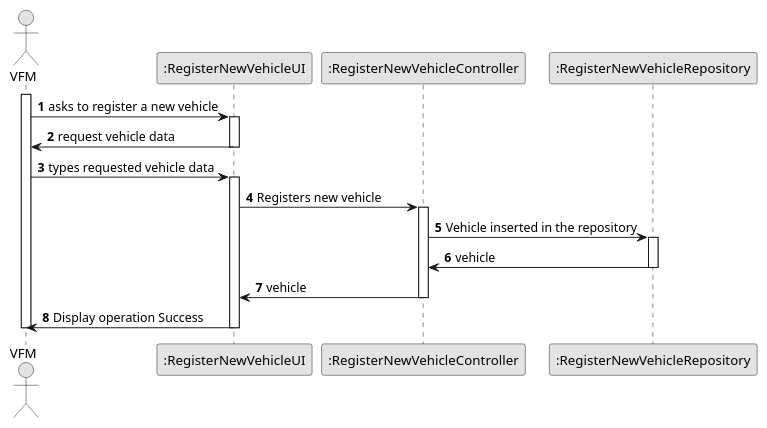
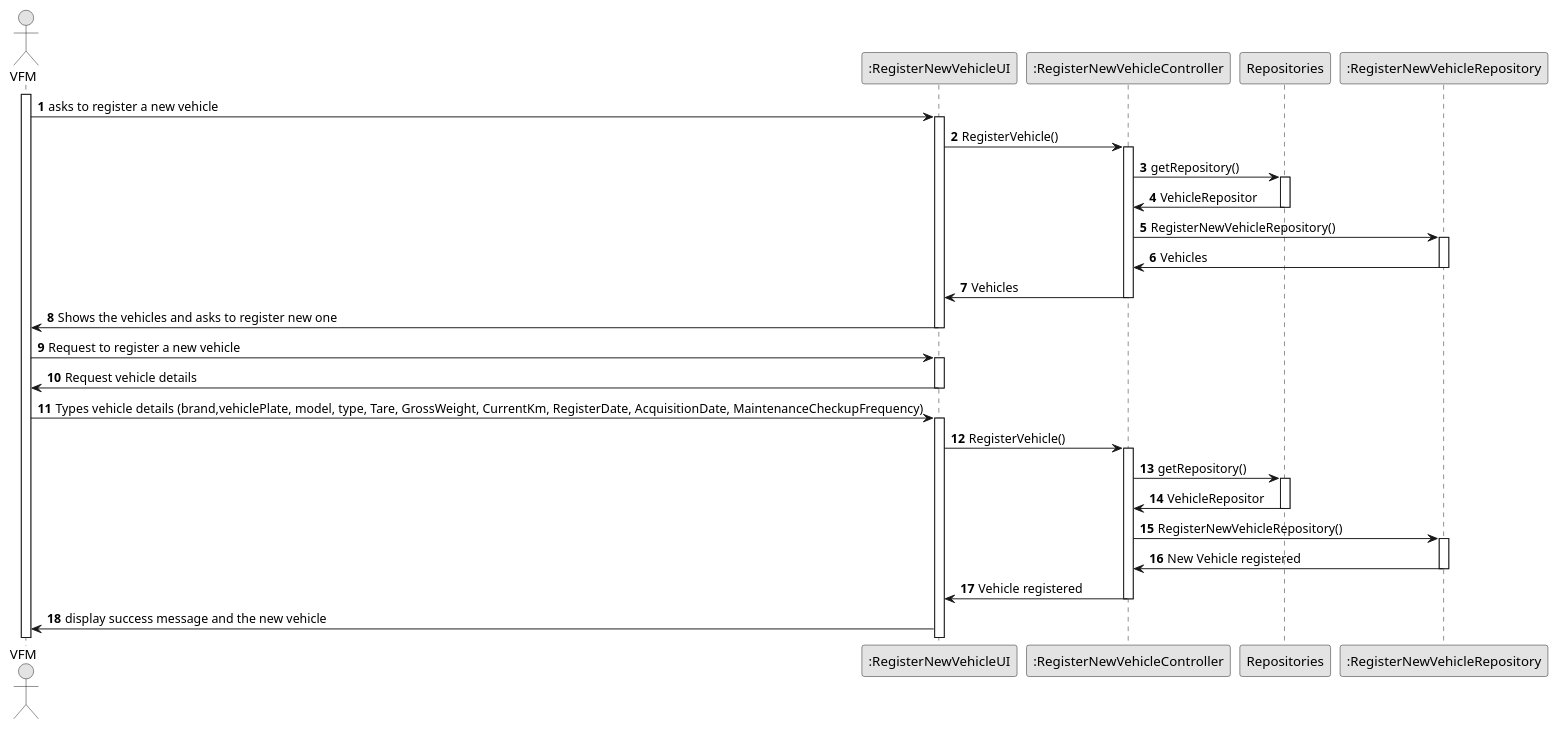
One commit to Departamento-de-Engenharia-Informatica/lei-24-s2-1dm-g132 changed the diagram in docs/sprintB/us006/03.design/puml/us006-sequence-diagram-ui-controller-overview.puml. Above: the diagram before and after it, drawn with PlantUML. The commit also changed 2 other files, not shown here.

Commit message:
Changes in the us 002 and us 006 Sequence diagram

```diff
--- a/docs/sprintB/us006/03.design/puml/us006-sequence-diagram-ui-controller-overview.puml
+++ b/docs/sprintB/us006/03.design/puml/us006-sequence-diagram-ui-controller-overview.puml
@@ -1,38 +1,54 @@
 @startuml
 skinparam monochrome true
 skinparam packageStyle rectangle
 skinparam shadowing false
 
 autonumber
 
 'hide footbox
 actor "VFM" as USER
 
 participant ":RegisterNewVehicleUI" as RegisterNewVehicleUI
 participant ":RegisterNewVehicleController" as RegisterNewVehicleController
+participant "Repositories" as Repositories
 participant ":RegisterNewVehicleRepository" as RegisterNewVehicleRepository
 
 activate USER
-USER -> RegisterNewVehicleUI : asks to register a new vehicle
+USER-> RegisterNewVehicleUI : asks to register a new vehicle
 activate RegisterNewVehicleUI
-RegisterNewVehicleUI ->USER : request vehicle data
+RegisterNewVehicleUI -> RegisterNewVehicleController : RegisterVehicle()
+activate RegisterNewVehicleController
+RegisterNewVehicleController -> Repositories : getRepository()
+activate Repositories
+Repositories -> RegisterNewVehicleController : VehicleRepositor
+deactivate Repositories
+RegisterNewVehicleController -> RegisterNewVehicleRepository : RegisterNewVehicleRepository()
+activate RegisterNewVehicleRepository
+RegisterNewVehicleRepository -> RegisterNewVehicleController : Vehicles
+deactivate RegisterNewVehicleRepository
+RegisterNewVehicleController -> RegisterNewVehicleUI : Vehicles
+deactivate RegisterNewVehicleController
+RegisterNewVehicleUI -> USER : Shows the vehicles and asks to register new one
 deactivate RegisterNewVehicleUI
-
-USER -> RegisterNewVehicleUI : types requested vehicle data
+USER -> RegisterNewVehicleUI : Request to register a new vehicle
 activate RegisterNewVehicleUI
-RegisterNewVehicleUI -> RegisterNewVehicleController : Registers new vehicle
+RegisterNewVehicleUI -> USER : Request vehicle details
+deactivate RegisterNewVehicleUI
+USER -> RegisterNewVehicleUI : Types vehicle details (brand,vehiclePlate, model, type, Tare, GrossWeight, CurrentKm, RegisterDate, AcquisitionDate, MaintenanceCheckupFrequency)
+activate RegisterNewVehicleUI
+RegisterNewVehicleUI -> RegisterNewVehicleController : RegisterVehicle()
 activate RegisterNewVehicleController
-RegisterNewVehicleController -> RegisterNewVehicleRepository :Vehicle inserted in the repository
+RegisterNewVehicleController -> Repositories : getRepository()
+activate Repositories
+Repositories -> RegisterNewVehicleController : VehicleRepositor
+deactivate Repositories
+RegisterNewVehicleController -> RegisterNewVehicleRepository : RegisterNewVehicleRepository()
 activate RegisterNewVehicleRepository
-RegisterNewVehicleRepository -> RegisterNewVehicleController : vehicle
+RegisterNewVehicleRepository -> RegisterNewVehicleController : New Vehicle registered
 deactivate RegisterNewVehicleRepository
-RegisterNewVehicleController -> RegisterNewVehicleUI : vehicle
-
+RegisterNewVehicleController -> RegisterNewVehicleUI : Vehicle registered
 deactivate RegisterNewVehicleController
-
-RegisterNewVehicleUI -> USER : Display operation Success
-deactivate RegisterNewVehicleUI
-deactivate USER
+RegisterNewVehicleUI -> USER : display success message and the new vehicle
 
 
 @enduml
```
